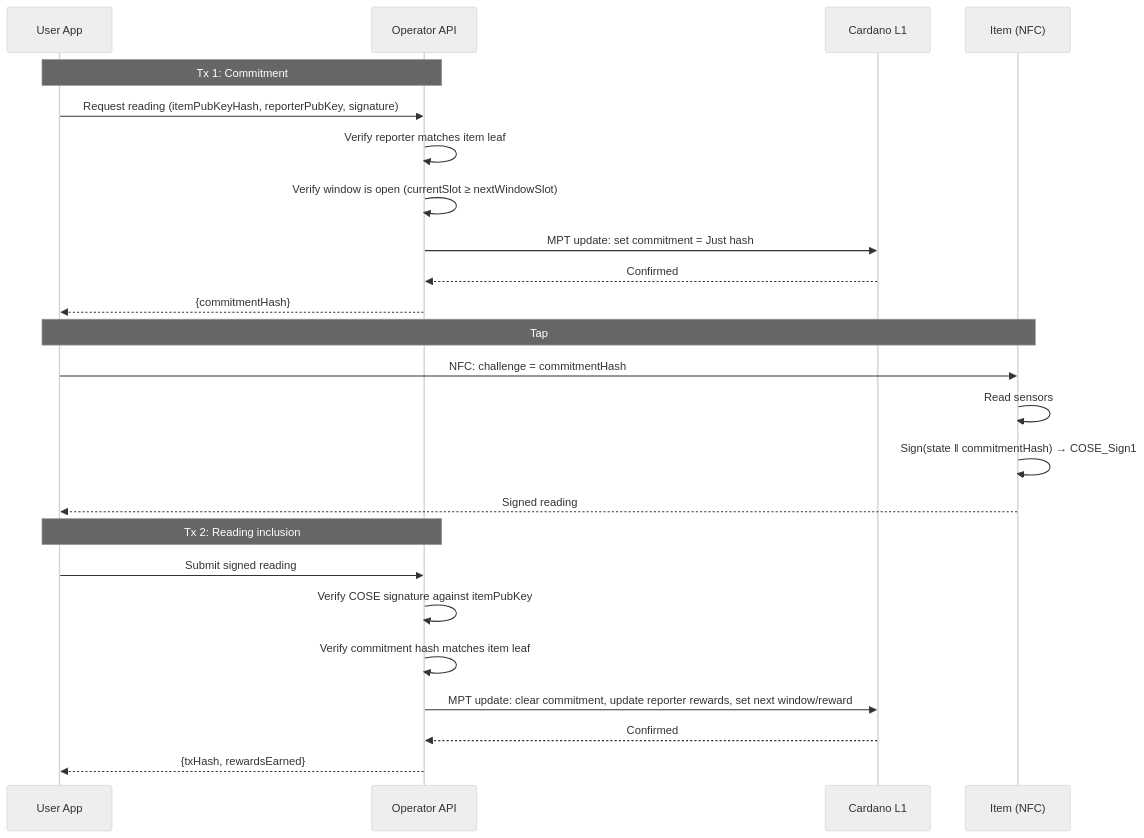
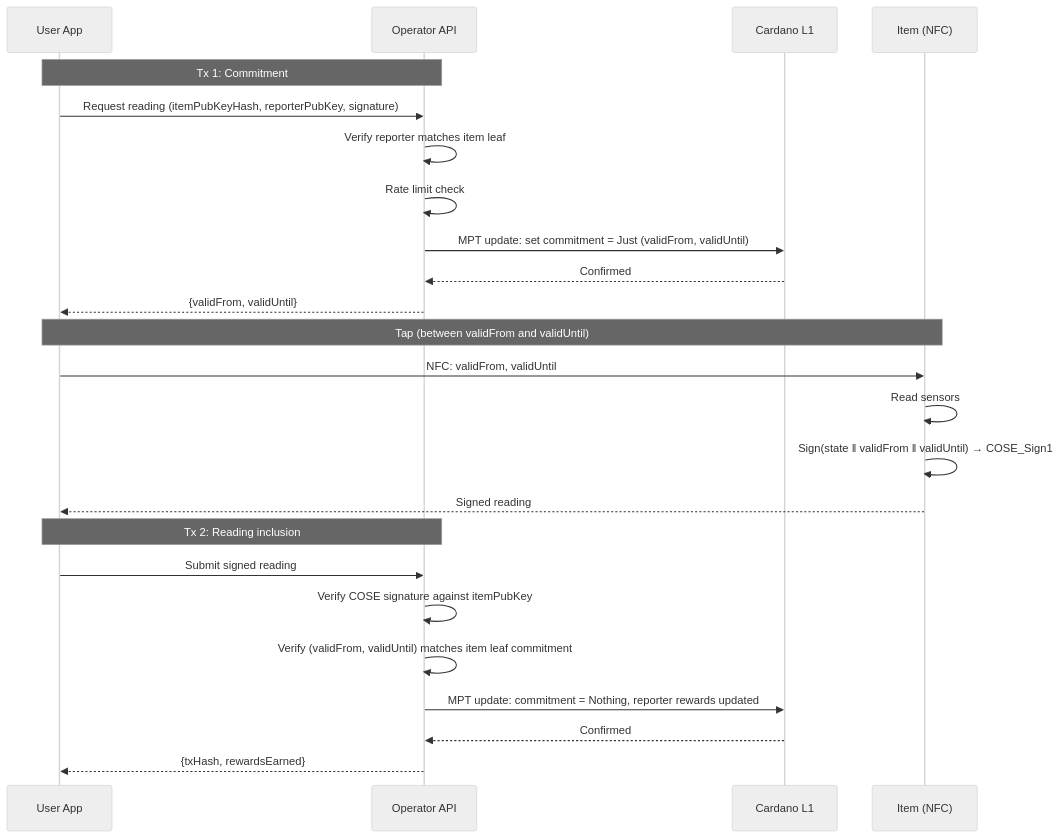
The second of 3 diagrams in docs/cardano/signed-readings.md (lambdasistemi/eu-digital-product-passport), drawn with Mermaid (neutral theme) before and after one commit. The commit also changed other lines of this file, not shown here.

Commit message:
feat: commitment as (validFrom, validUntil) — no hash, single-use by Tx1/Tx2 lifecycle

````diff
--- a/docs/cardano/signed-readings.md
+++ b/docs/cardano/signed-readings.md
@@ -148,29 +152,29 @@
 ```mermaid
 sequenceDiagram
     participant U as User App
     participant O as Operator API
     participant C as Cardano L1
     participant I as Item (NFC)
 
     Note over U,O: Tx 1: Commitment
     U->>O: Request reading (itemPubKeyHash, reporterPubKey, signature)
     O->>O: Verify reporter matches item leaf
-    O->>O: Verify window is open (currentSlot ≥ nextWindowSlot)
-    O->>C: MPT update: set commitment = Just hash
+    O->>O: Rate limit check
+    O->>C: MPT update: set commitment = Just (validFrom, validUntil)
     C-->>O: Confirmed
-    O-->>U: {commitmentHash}
+    O-->>U: {validFrom, validUntil}
 
-    Note over U,I: Tap
-    U->>I: NFC: challenge = commitmentHash
+    Note over U,I: Tap (between validFrom and validUntil)
+    U->>I: NFC: validFrom, validUntil
     I->>I: Read sensors
-    I->>I: Sign(state ‖ commitmentHash) → COSE_Sign1
+    I->>I: Sign(state ‖ validFrom ‖ validUntil) → COSE_Sign1
     I-->>U: Signed reading
 
     Note over U,O: Tx 2: Reading inclusion
     U->>O: Submit signed reading
     O->>O: Verify COSE signature against itemPubKey
-    O->>O: Verify commitment hash matches item leaf
-    O->>C: MPT update: clear commitment, update reporter rewards, set next window/reward
+    O->>O: Verify (validFrom, validUntil) matches item leaf commitment
+    O->>C: MPT update: commitment = Nothing, reporter rewards updated
     C-->>O: Confirmed
     O-->>U: {txHash, rewardsEarned}
 ```
````
